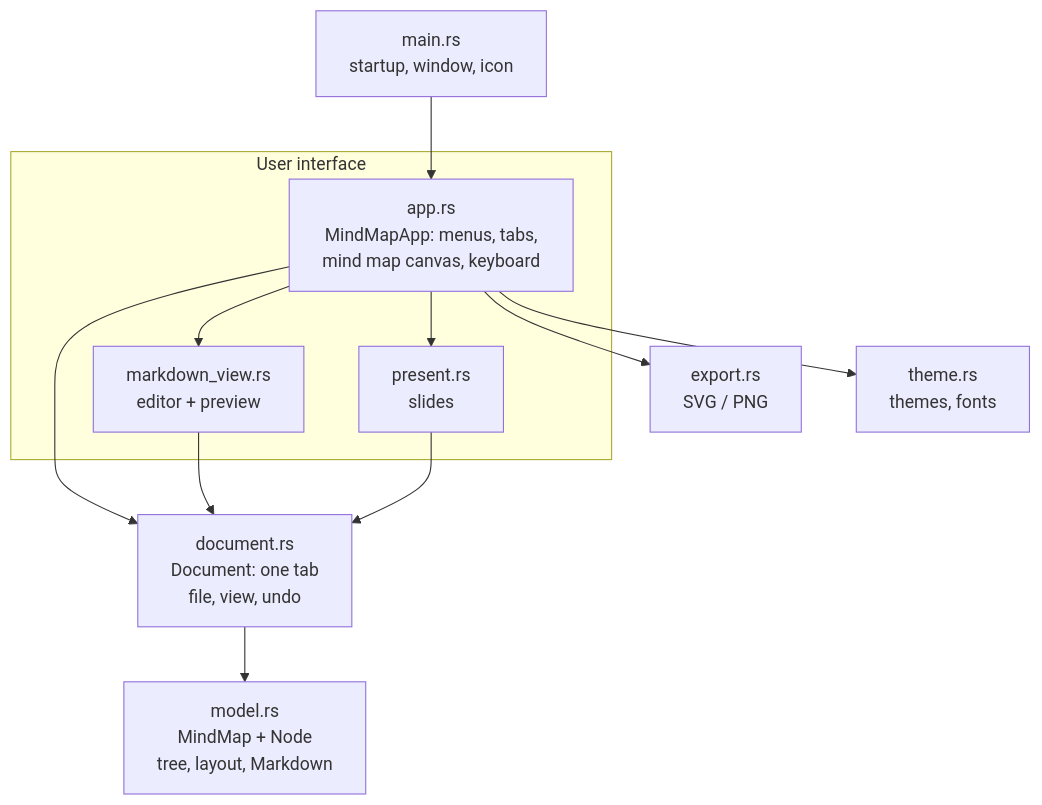
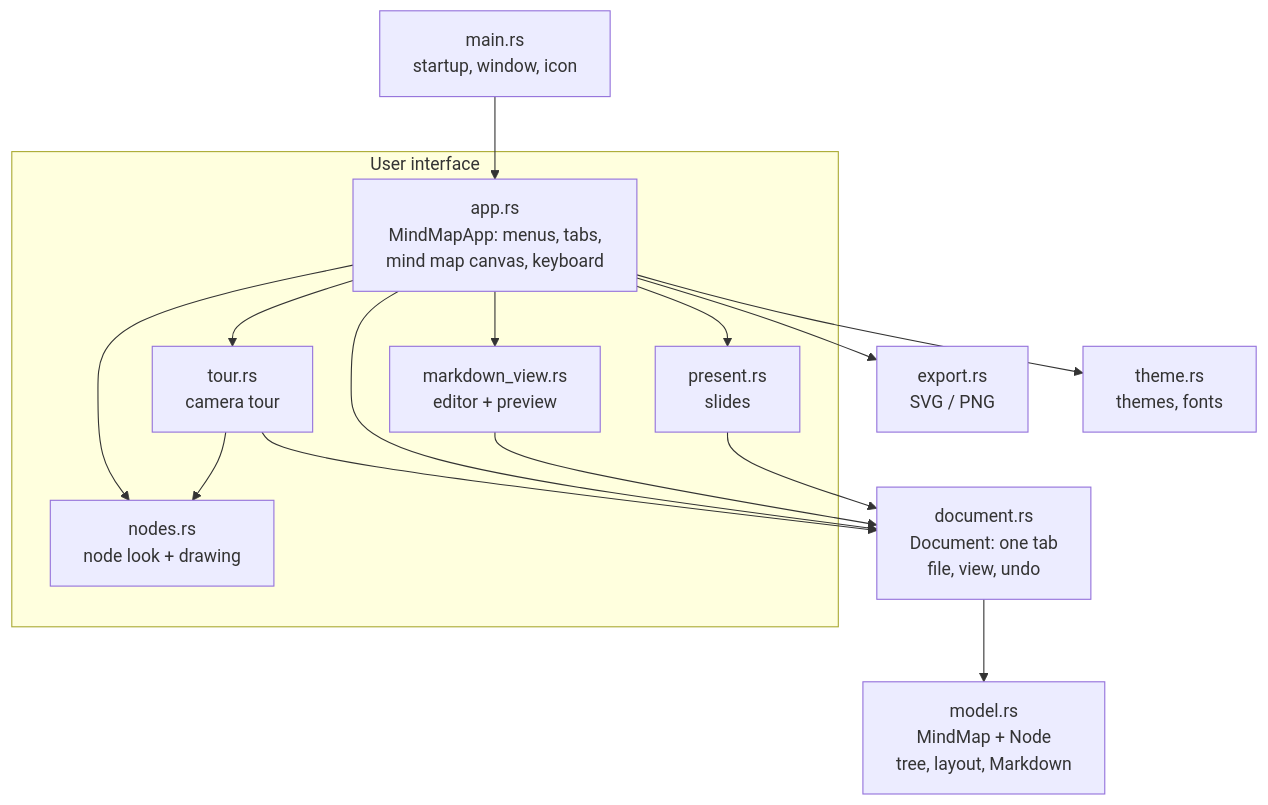
Before and after one commit to tj537/mindful: the first of 3 diagrams in docs/ARCHITECTURE.md, drawn with Mermaid. The commit also changed other lines of this file and 8 other files, not shown here.

First line of the commit message:
Add camera tour and step-by-step slides

````diff
--- a/docs/ARCHITECTURE.md
+++ b/docs/ARCHITECTURE.md
@@ -29,17 +29,23 @@
 ```mermaid
 flowchart TD
     main["main.rs<br/>startup, window, icon"] --> app
     subgraph UI["User interface"]
         app["app.rs<br/>MindMapApp: menus, tabs,<br/>mind map canvas, keyboard"]
         md["markdown_view.rs<br/>editor + preview"]
         pr["present.rs<br/>slides"]
+        tr["tour.rs<br/>camera tour"]
+        nd["nodes.rs<br/>node look + drawing"]
     end
     app --> md
     app --> pr
+    app --> tr
+    app --> nd
+    tr --> nd
+    tr --> doc
     app --> doc["document.rs<br/>Document: one tab<br/>file, view, undo"]
     md --> doc
     pr --> doc
     doc --> model["model.rs<br/>MindMap + Node<br/>tree, layout, Markdown"]
     app --> export["export.rs<br/>SVG / PNG"]
     app --> theme["theme.rs<br/>themes, fonts"]
 ```
````
